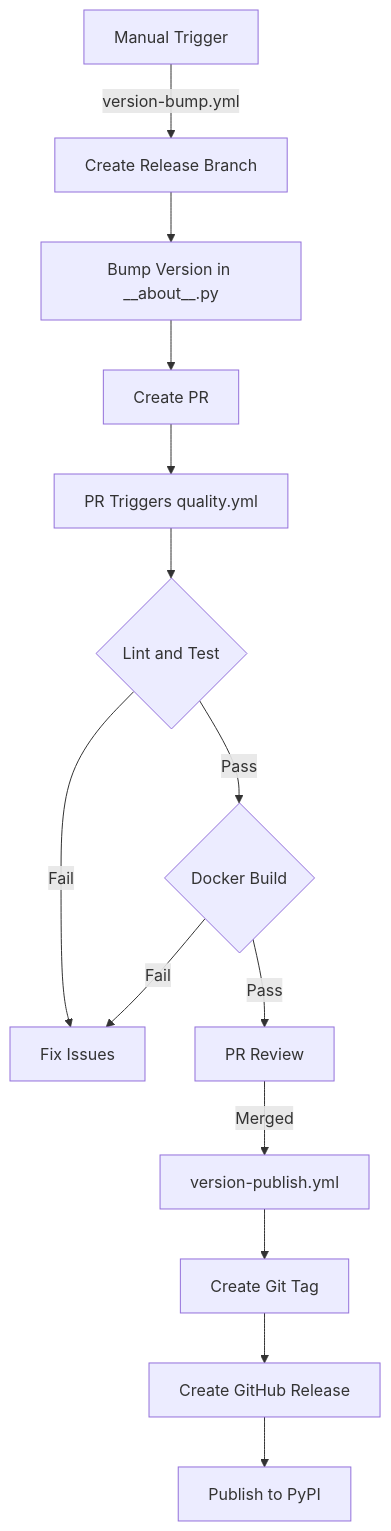
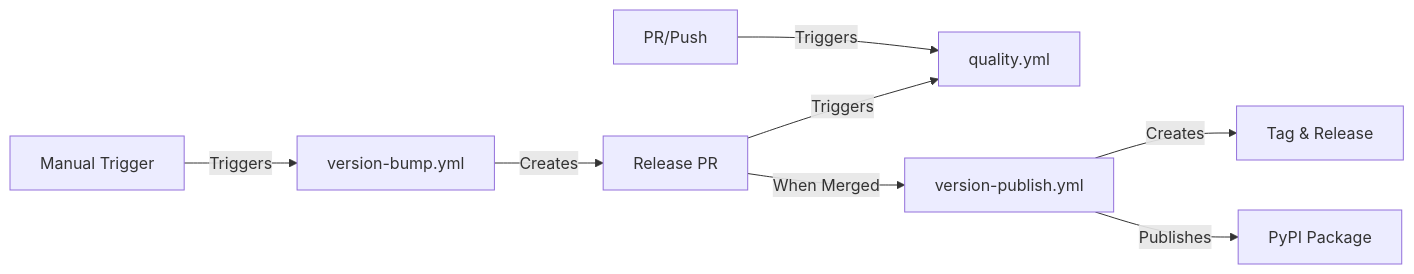
Before and after one commit to OpenJKSoftware/gOdoo: the first of 2 diagrams in .github/workflows/README.md, drawn with Mermaid. The commit also changed other lines of this file and 1 other file, not shown here.

````diff
--- a/.github/workflows/README.md
+++ b/.github/workflows/README.md
@@ -7,16 +7,10 @@
 ```mermaid
-flowchart TD
-    A[Manual Trigger] -->|version-bump.yml| B[Create Release Branch]
-    B --> C[Bump Version in __about__.py]
-    C --> D[Create PR]
-    D --> E[PR Triggers quality.yml]
-    E --> F{Lint and Test}
-    F -->|Pass| G{Docker Build}
-    F -->|Fail| Z[Fix Issues]
-    G -->|Pass| H[PR Review]
-    G -->|Fail| Z[Fix Issues]
-    H -->|Merged| I[version-publish.yml]
-    I --> J[Create Git Tag]
-    J --> K[Create GitHub Release]
-    K --> L[Publish to PyPI]
+flowchart LR
+    A[PR/Push] -->|Triggers| B[quality.yml]
+    C[Manual Trigger] -->|Triggers| D[version-bump.yml]
+    D -->|Creates| E[Release PR]
+    E -->|Triggers| B
+    E -->|When Merged| F[version-publish.yml]
+    F -->|Creates| G[Tag & Release]
+    F -->|Publishes| H[PyPI Package]
 ```
````
